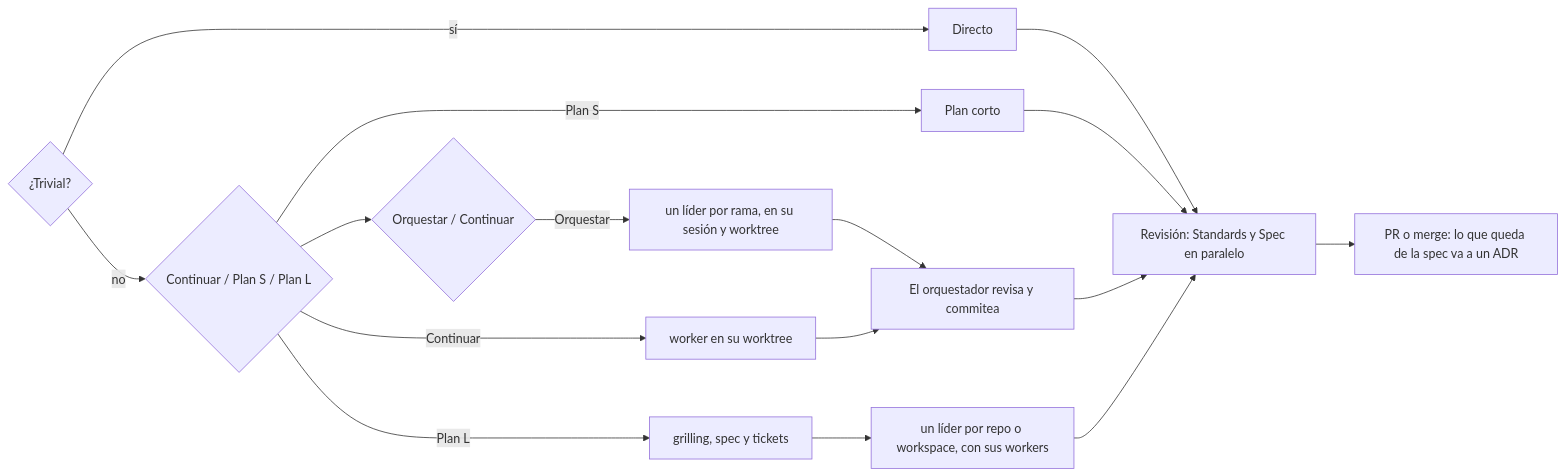
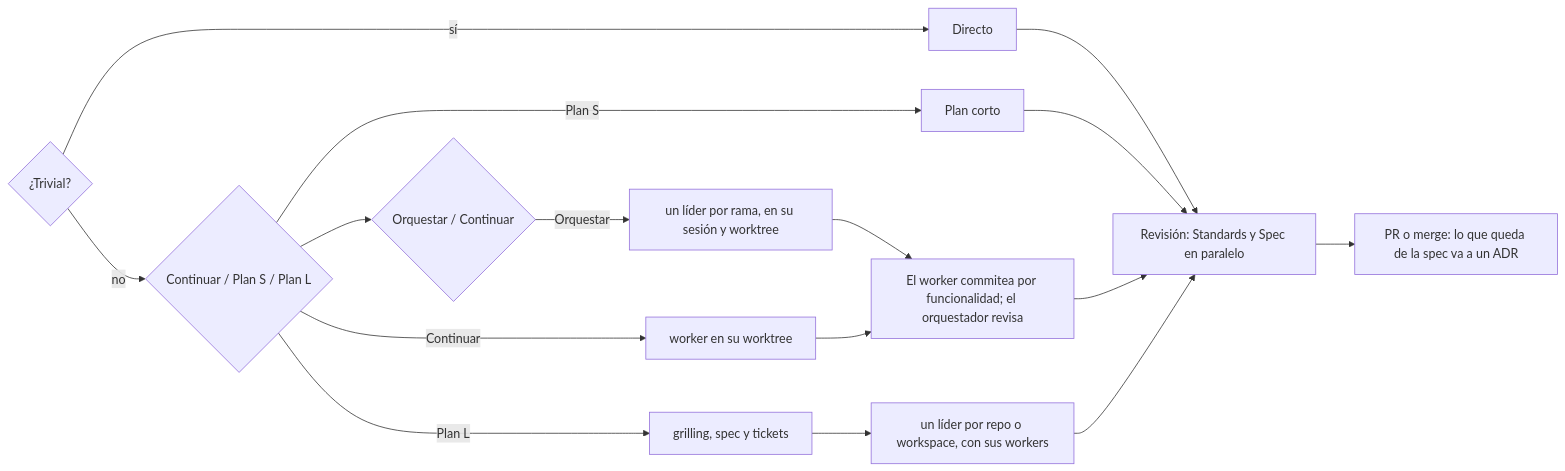
Before and after one commit to LorenGrz/agents-config: the diagram in README.md, drawn with Mermaid. The commit also changed other lines of this file and 6 other files, not shown here.

First line of the commit message:
feat(agents): el worker commitea un commit por funcionalidad; perfil con 1 ticket por PR

````diff
--- a/README.md
+++ b/README.md
@@ -51,11 +51,11 @@
 ```mermaid
 flowchart LR
   Q{"¿Trivial?"} -- sí --> D[Directo]
   Q -- no --> P{"Continuar / Plan S / Plan L"} --> OQ{"Orquestar / Continuar"}
   OQ -- Orquestar --> LO[un líder por rama, en su sesión y worktree] --> O
   P -- Continuar --> W[worker en su worktree]
   P -- Plan S --> S[Plan corto]
   P -- Plan L --> G[grilling, spec y tickets] --> WL[un líder por repo o workspace, con sus workers]
-  W --> O[El orquestador revisa y commitea]
+  W --> O[El worker commitea por funcionalidad; el orquestador revisa]
   D & S & O & WL --> R["Revisión: Standards y Spec en paralelo"] --> M["PR o merge: lo que queda de la spec va a un ADR"]
 ```
````
